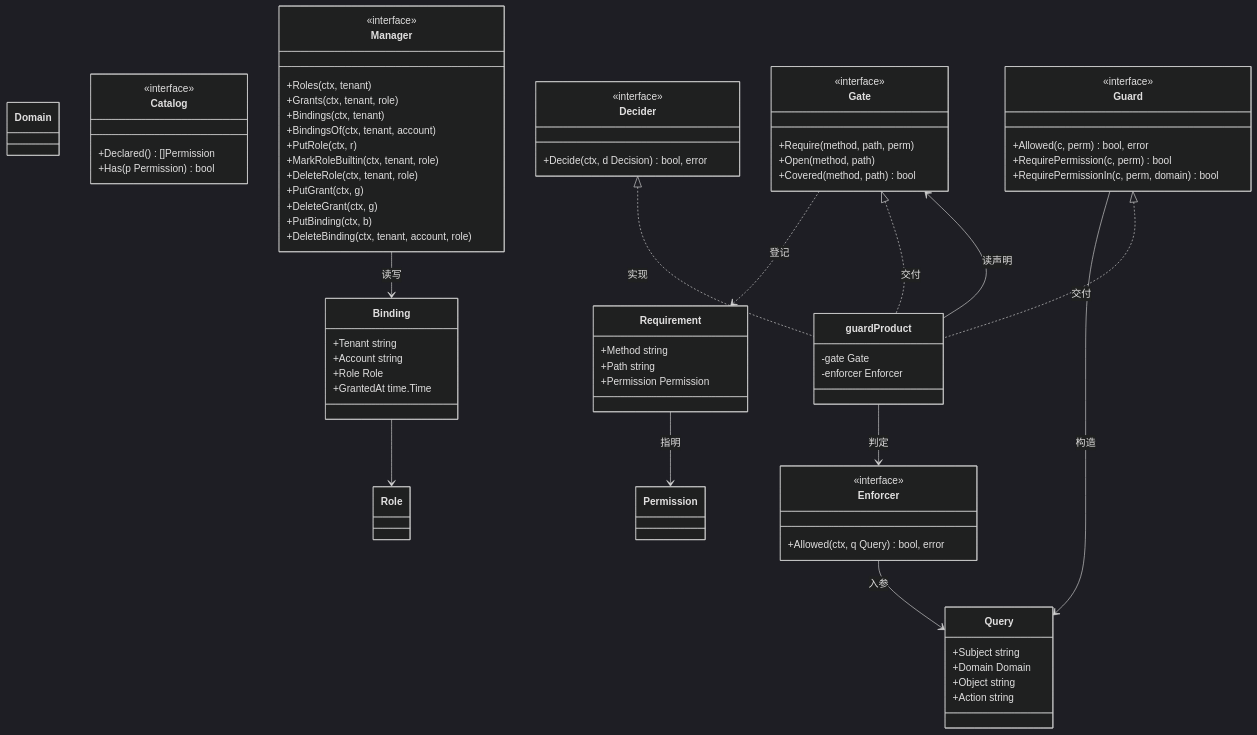
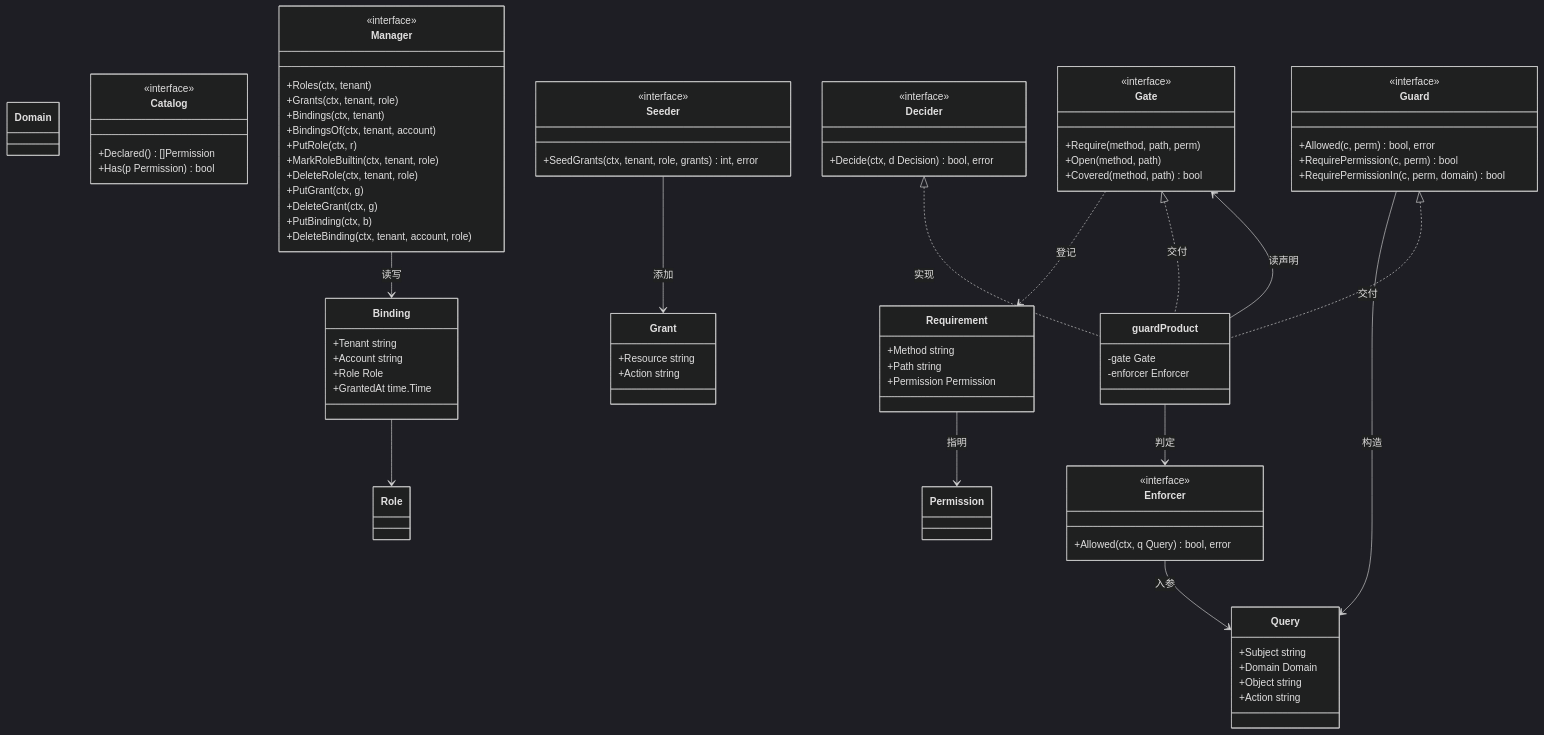
The first of 3 diagrams in docs/design/modules/design-authz.md (wangzw/speed), drawn with Mermaid (dark theme) before and after one commit. The commit also changed other lines of this file and 12 other files, not shown here.

```diff
--- a/docs/design/modules/design-authz.md
+++ b/docs/design/modules/design-authz.md
@@ -409,6 +422,14 @@
         +Role Role
         +GrantedAt time.Time
     }
+    class Grant {
+        +Resource string
+        +Action string
+    }
+    class Seeder {
+        <<interface>>
+        +SeedGrants(ctx, tenant, role, grants) int, error
+    }
     class Decider {
         <<interface>>
         +Decide(ctx, d Decision) bool, error
@@ -423,6 +444,7 @@
     Gate ..> Requirement : 登记
     Binding --> Role
     Manager --> Binding : 读写
+    Seeder --> Grant : 添加
     Decider <|.. guardProduct : 实现
     Guard <|.. guardProduct : 交付
     Gate <|.. guardProduct : 交付
```
